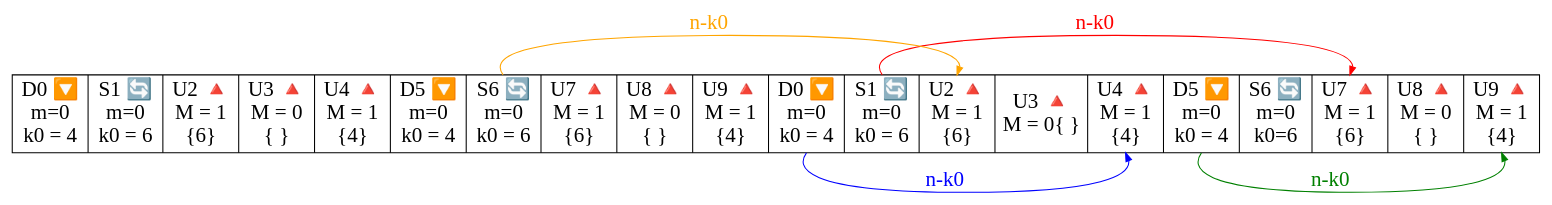
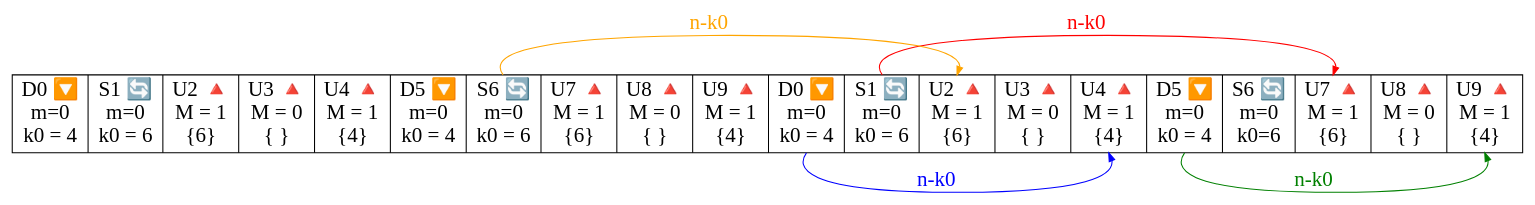
The diagram in static/graphviz/00001.dot (gaosiyan/gaosiyan.github.io), drawn with Graphviz before and after one commit. The commit also changed 2 other files, not shown here.

Commit message:
修正配比 0 HARQ-ACK 反馈时序图

```diff
--- a/static/graphviz/00001.dot
+++ b/static/graphviz/00001.dot
@@ -1,32 +1,32 @@
 // 配比 0 HARQ-ACK 反馈时序
 
 digraph structs {
     node [fontname = "Microsoft YaHei"; fontsize=20; shape = record;]; // 设置全局节点属性
     edge [fontname = "Microsoft YaHei"; fontsize=20; minlen = 2; style = "solid"; arrowsize = 0.8;]; // 设置全局连线属性
 
     subfrm [label = "<S00>D0 🔽\nm=0\nk0 = 4|
                      <S01>S1 🔄\nm=0\nk0 = 6|
                      <S02>U2 🔺\nM = 1\n\{6\}|
                      <S03>U3 🔺\nM = 0\n\{ \}|
                      <S04>U4 🔺\nM = 1\n\{4\}|
                      <S05>D5 🔽\nm=0\nk0 = 4|
                      <S06>S6 🔄\nm=0\nk0 = 6|
                      <S07>U7 🔺\nM = 1\n\{6\}|
                      <S08>U8 🔺\nM = 0\n\{ \}|
                      <S09>U9 🔺\nM = 1\n\{4\}|
                      <S10>D0 🔽\nm=0\nk0 = 4|
                      <S11>S1 🔄\nm=0\nk0 = 6|
                      <S12>U2 🔺\nM = 1\n\{6\}|
-                     <S13>U3 🔺\nM = 0\{ \}|
+                     <S13>U3 🔺\nM = 0\n\{ \}|
                      <S14>U4 🔺\nM = 1\n\{4\}|
                      <S15>D5 🔽\nm=0\nk0 = 4|
                      <S16>S6 🔄\nm=0\nk0=6|
                      <S17>U7 🔺\nM = 1\n\{6\}|
                      <S18>U8 🔺\nM = 0\n\{ \}|
                      <S19>U9 🔺\nM = 1\n\{4\}";];      
     
     subfrm:S10:s -> subfrm:S14:s [xlabel = "n-k0"; color = blue; fontcolor = blue;];
     subfrm:S11:n -> subfrm:S17:n [xlabel = "n-k0"; color = red; fontcolor = red;];
     subfrm:S15:s -> subfrm:S19:s [xlabel = "n-k0"; color = green; fontcolor = green;];
     subfrm:S06:n -> subfrm:S12:n [xlabel = "n-k0"; color = orange; fontcolor = orange;];
 }
```
